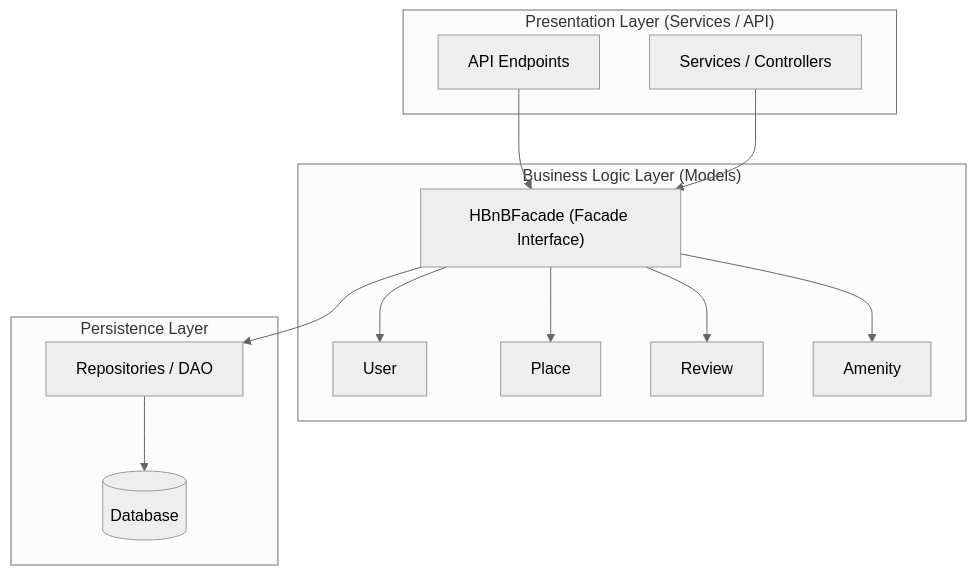
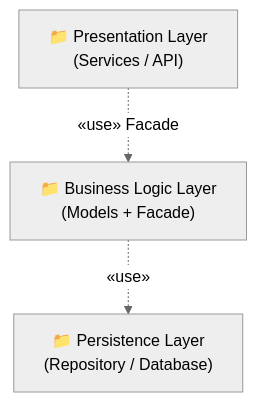
One commit to Nouf2027/holbertonschool-hbnb changed the diagram in part1/README.md. Above: the diagram before and after it, drawn with Mermaid (neutral theme). The commit also changed other lines of this file, not shown here.

Commit message:
Add Task 0: High-Level Package Diagram

````diff
--- a/part1/README.md
+++ b/part1/README.md
@@ -8,31 +9,11 @@
 ```mermaid
 flowchart TB
-  subgraph Presentation["Presentation Layer (Services / API)"]
-    API["API Endpoints"]
-    Services["Services / Controllers"]
-  end
+  %% Packages
+  Presentation["📁 Presentation Layer\n(Services / API)"]
+  Business["📁 Business Logic Layer\n(Models + Facade)"]
+  Persistence["📁 Persistence Layer\n(Repository / Database)"]
 
-  subgraph Business["Business Logic Layer (Models)"]
-    Facade["HBnBFacade (Facade Interface)"]
-    User["User"]
-    Place["Place"]
-    Review["Review"]
-    Amenity["Amenity"]
-  end
-
-  subgraph Persistence["Persistence Layer"]
-    Repo["Repositories / DAO"]
-    DB[(Database)]
-  end
-
-  API --> Facade
-  Services --> Facade
-
-  Facade --> User
-  Facade --> Place
-  Facade --> Review
-  Facade --> Amenity
-
-  Facade --> Repo
-  Repo --> DB
+  %% Dependencies
+  Presentation -. "«use» Facade" .-> Business
+  Business -. "«use»" .-> Persistence
 ```
````
